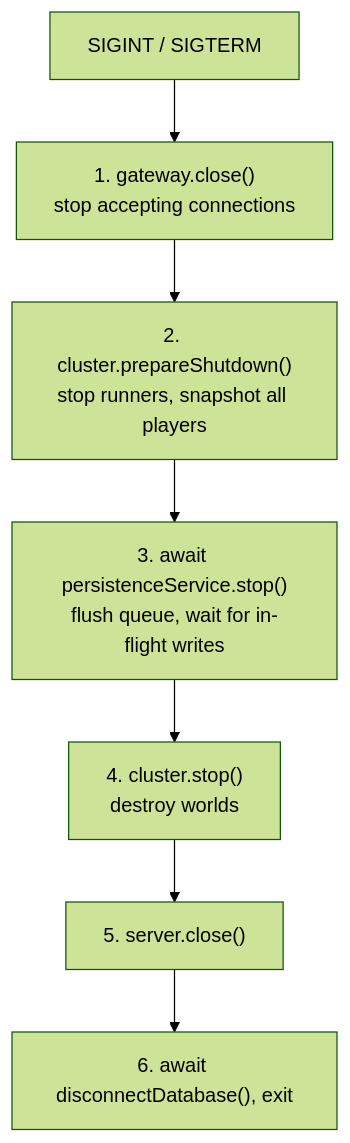
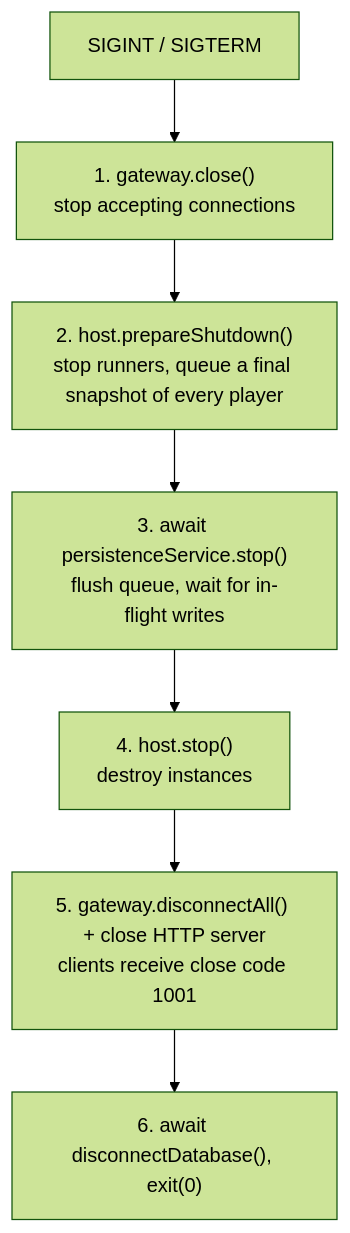
Before and after one commit to bigabig/mmoexile: the fourth of 4 diagrams in docs/ARCHITECTURE.md, drawn with Mermaid (forest theme). The commit also changed other lines of this file and 5 other files, not shown here.

First line of the commit message:
Fix graceful shutdown losing final player saves

````diff
--- a/docs/ARCHITECTURE.md
+++ b/docs/ARCHITECTURE.md
@@ -184,9 +184,9 @@
 ```mermaid
 flowchart TD
     S["SIGINT / SIGTERM"] --> G["1. gateway.close()<br/>stop accepting connections"]
-    G --> P["2. cluster.prepareShutdown()<br/>stop runners, snapshot all players"]
+    G --> P["2. host.prepareShutdown()<br/>stop runners, queue a final snapshot of every player"]
     P --> F["3. await persistenceService.stop()<br/>flush queue, wait for in-flight writes"]
-    F --> C["4. cluster.stop()<br/>destroy worlds"]
-    C --> H["5. server.close()"]
-    H --> D["6. await disconnectDatabase(), exit"]
+    F --> C["4. host.stop()<br/>destroy instances"]
+    C --> D["5. gateway.disconnectAll() + close HTTP server<br/>clients receive close code 1001"]
+    D --> X["6. await disconnectDatabase(), exit(0)"]
 ```
````
